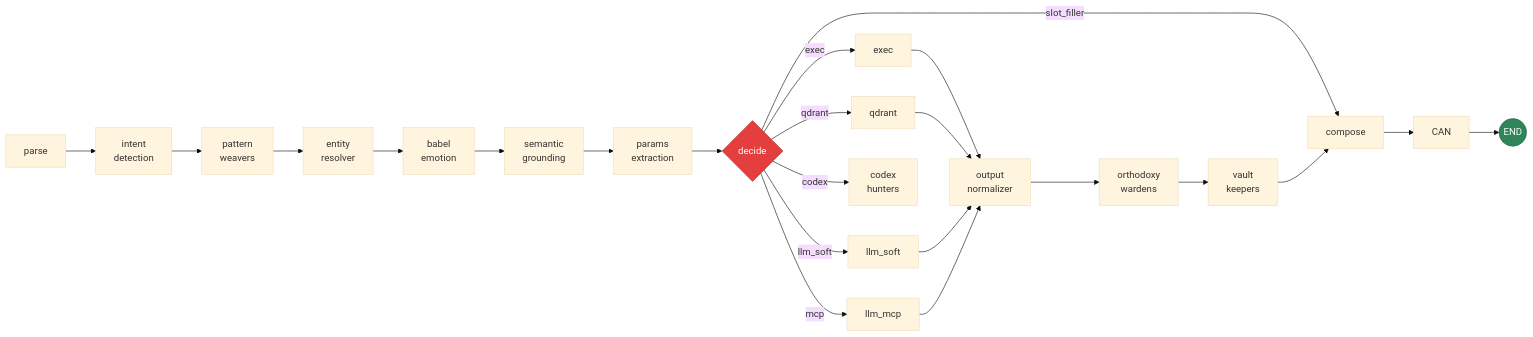
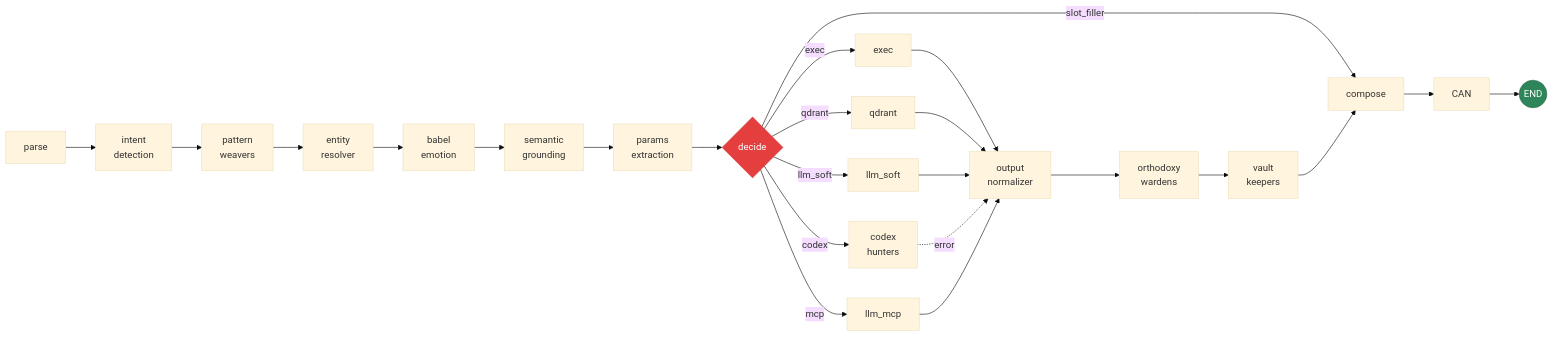
Before and after one commit to vitruvyan/vitruvyan-core: the second of 2 diagrams in docs/foundational/VITRUVYAN_OVERVIEW.md, drawn with Mermaid (base theme). The commit also changed other lines of this file and 16 other files, not shown here.

````diff
--- a/docs/foundational/VITRUVYAN_OVERVIEW.md
+++ b/docs/foundational/VITRUVYAN_OVERVIEW.md
@@ -211,31 +214,32 @@
 ```mermaid
 graph LR
     A[parse] --> B["intent<br/>detection"]
     B --> C["pattern<br/>weavers"]
     C --> D["entity<br/>resolver"]
     D --> E["babel<br/>emotion"]
     E --> F["semantic<br/>grounding"]
     F --> G["params<br/>extraction"]
     G --> H{decide}
 
     H -->|exec| I[exec]
     H -->|qdrant| J[qdrant]
     H -->|llm_soft| K[llm_soft]
     H -->|codex| M["codex<br/>hunters"]
     H -->|mcp| N[llm_mcp]
 
     I --> O["output<br/>normalizer"]
     J --> O
     K --> O
+    M -.->|error| O
     N --> O
 
     O --> P["orthodoxy<br/>wardens"]
     P --> Q["vault<br/>keepers"]
     H -->|slot_filler| R[compose]
     Q --> R
     R --> S[CAN]
     S --> T((END))
 
     style H fill:#e53e3e,stroke:#c53030,color:#fff
     style T fill:#2f855a,stroke:#276749,color:#fff
 ```
````
